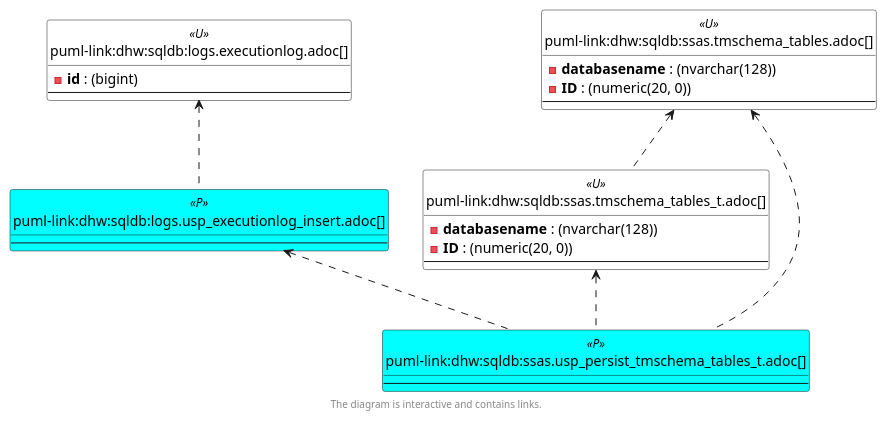
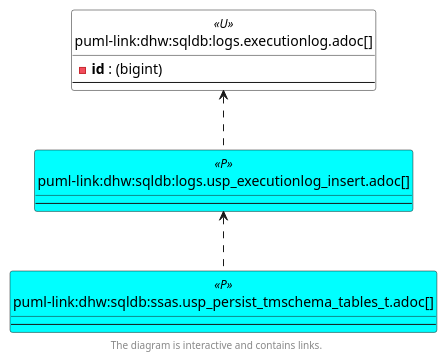
Before and after one commit to DataHandwerk/dhw-antora-sqldb: the fourth of 6 diagrams in docs/modules/sqldb/partials/content/ssas.usp_persist_tmschema_tables_t.adoc, drawn with PlantUML. The commit also changed other lines of this file and 751 other files, not shown here.

```diff
--- a/docs/modules/sqldb/partials/content/ssas.usp_persist_tmschema_tables_t.adoc
+++ b/docs/modules/sqldb/partials/content/ssas.usp_persist_tmschema_tables_t.adoc
@@ -721,65 +702,50 @@
 [plantuml, entity_30_0_objectref-{docname}, svg, subs=macros]
 ....
 @startuml
 'Left to right direction
 top to bottom direction
 hide circle
 'avoide "." issues:
 set namespaceSeparator none
 
 
 skinparam class {
   BackgroundColor White
   BackgroundColor<<FN>> Yellow
   BackgroundColor<<FS>> Yellow
   BackgroundColor<<FT>> LightGray
   BackgroundColor<<IF>> Yellow
   BackgroundColor<<IS>> Yellow
   BackgroundColor<<P>>  Aqua
   BackgroundColor<<PC>> Aqua
   BackgroundColor<<SN>> Yellow
   BackgroundColor<<SO>> SlateBlue
   BackgroundColor<<TF>> LightGray
   BackgroundColor<<TR>> Tomato
   BackgroundColor<<U>>  White
   BackgroundColor<<V>>  WhiteSmoke
   BackgroundColor<<X>>  Aqua
   BackgroundColor<<external>> AliceBlue
 }
 
 
 entity "puml-link:dhw:sqldb:logs.executionlog.adoc[]" as logs.ExecutionLog << U >> {
   - **id** : (bigint)
   --
 }
 
 entity "puml-link:dhw:sqldb:logs.usp_executionlog_insert.adoc[]" as logs.usp_ExecutionLog_insert << P >> {
   --
 }
 
-entity "puml-link:dhw:sqldb:ssas.tmschema_tables.adoc[]" as ssas.TMSCHEMA_TABLES << U >> {
-  - **databasename** : (nvarchar(128))
-  - **ID** : (numeric(20, 0))
-  --
-}
-
-entity "puml-link:dhw:sqldb:ssas.tmschema_tables_t.adoc[]" as ssas.TMSCHEMA_TABLES_T << U >> {
-  - **databasename** : (nvarchar(128))
-  - **ID** : (numeric(20, 0))
-  --
-}
-
 entity "puml-link:dhw:sqldb:ssas.usp_persist_tmschema_tables_t.adoc[]" as ssas.usp_PERSIST_TMSCHEMA_TABLES_T << P >> {
   --
 }
 
 logs.ExecutionLog <.. logs.usp_ExecutionLog_insert
 logs.usp_ExecutionLog_insert <.. ssas.usp_PERSIST_TMSCHEMA_TABLES_T
-ssas.TMSCHEMA_TABLES <.. ssas.TMSCHEMA_TABLES_T
-ssas.TMSCHEMA_TABLES <.. ssas.usp_PERSIST_TMSCHEMA_TABLES_T
-ssas.TMSCHEMA_TABLES_T <.. ssas.usp_PERSIST_TMSCHEMA_TABLES_T
 
 footer The diagram is interactive and contains links.
 
 @enduml
 ....
```
